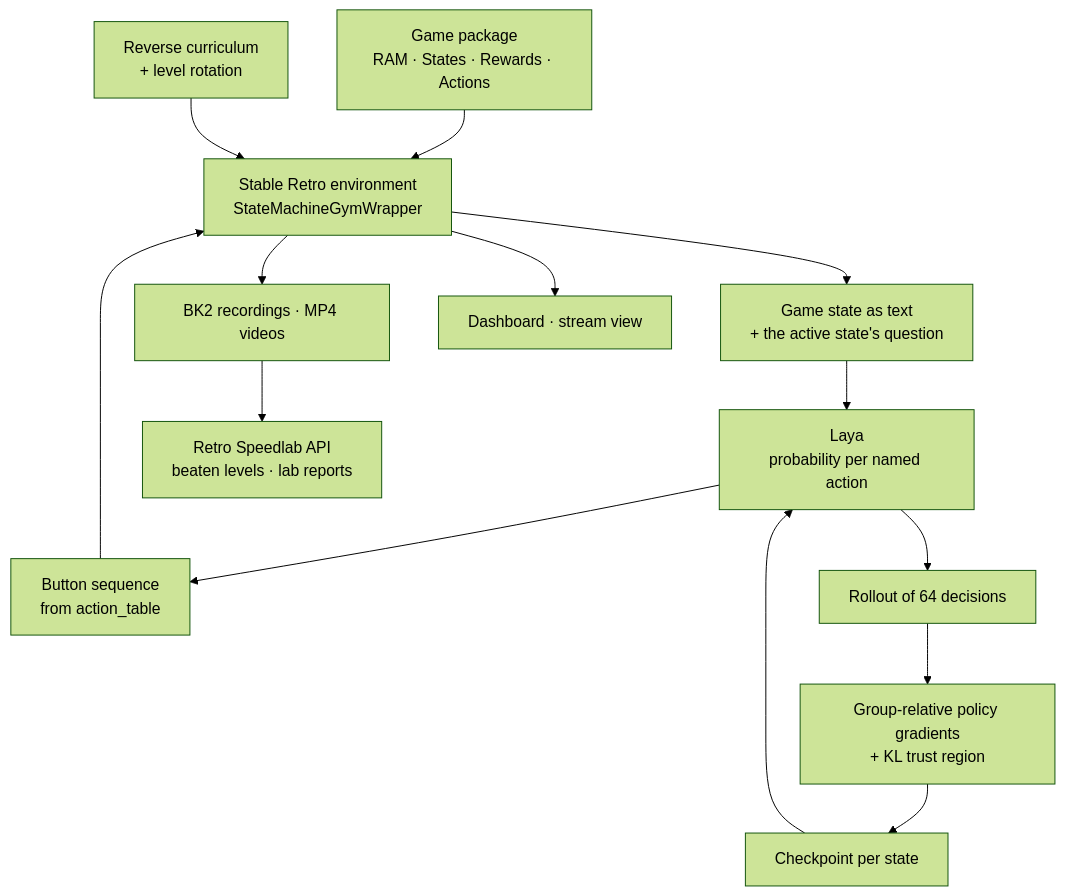
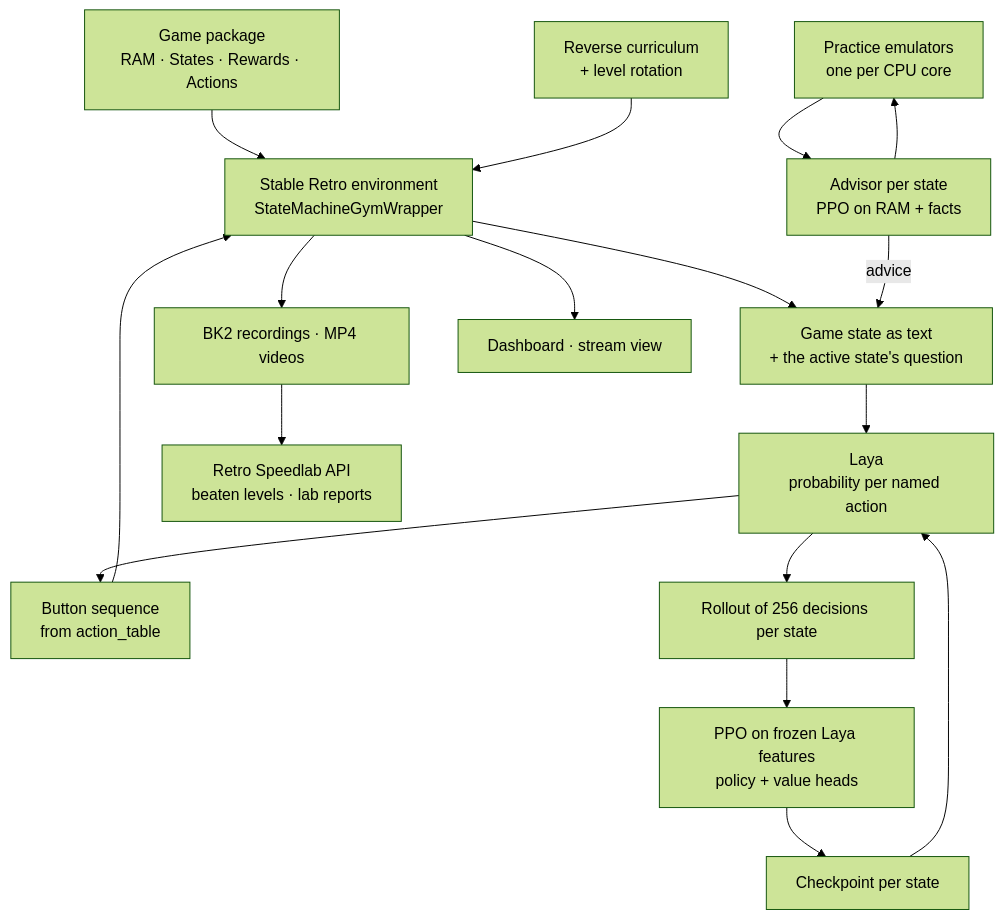
Before and after one commit to datenwissenschaften/retro-speedlab-core: the diagram in README.md, drawn with Mermaid (forest theme). The commit also changed other lines of this file and 54 other files, not shown here.

First line of the commit message:
feat(training): a fast PPO advisor coaches Laya; game-time state cap, probe and stall watch

````diff
--- a/README.md
+++ b/README.md
@@ -40,29 +46,34 @@
 ```mermaid
 flowchart TD
     Game["Game package<br/>RAM · States · Rewards · Actions"]
     Env["Stable Retro environment<br/>StateMachineGymWrapper"]
     Text["Game state as text<br/>+ the active state's question"]
     Laya["Laya<br/>probability per named action"]
+    Practice["Practice emulators<br/>one per CPU core"]
+    Advisor["Advisor per state<br/>PPO on RAM + facts"]
     Action["Button sequence<br/>from action_table"]
-    Rollout["Rollout of 64 decisions"]
-    Learner["Group-relative policy gradients<br/>+ KL trust region"]
+    Rollout["Rollout of 256 decisions per state"]
+    Learner["PPO on frozen Laya features<br/>policy + value heads"]
     Models["Checkpoint per state"]
     Curriculum["Reverse curriculum<br/>+ level rotation"]
     Rec["BK2 recordings · MP4 videos"]
     UI["Dashboard · stream view"]
     API["Retro Speedlab API<br/>beaten levels · lab reports"]
 
     Game --> Env
     Env --> Text
     Text --> Laya
     Laya --> Action
     Action --> Env
     Laya --> Rollout
+    Practice --> Advisor
+    Advisor --> Practice
+    Advisor -- "advice" --> Text
     Rollout --> Learner
     Learner --> Models
     Models --> Laya
     Curriculum --> Env
     Env --> Rec
     Rec --> API
     Env --> UI
 ```
````
